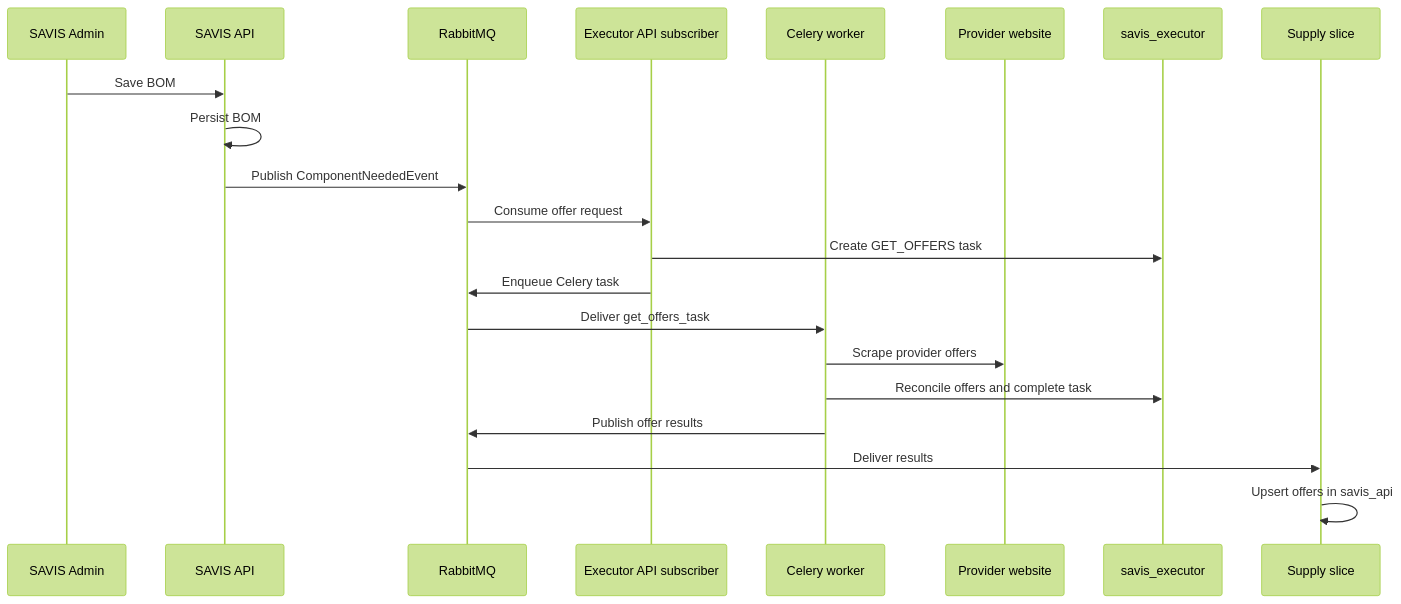
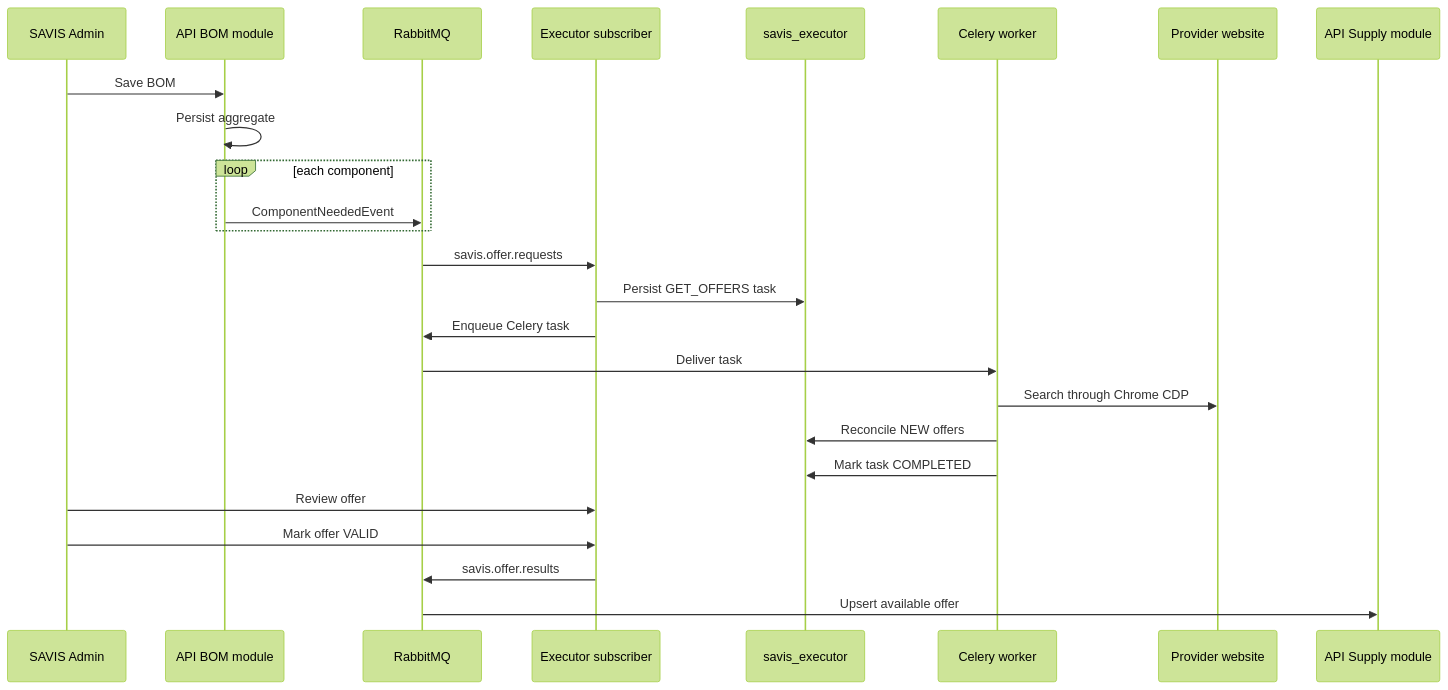
Before and after one commit to wiljeanlouis/savis: the ninth of 17 diagrams in docs/ARCHITECTURE.md, drawn with Mermaid (forest theme). The commit also changed other lines of this file and 4 other files, not shown here.

First line of the commit message:
docs: Enhance documentation across SAVIS components with navigation sections, clarify API behaviors, and update configuration details. (#7)

````diff
--- a/docs/ARCHITECTURE.md
+++ b/docs/ARCHITECTURE.md
@@ -303,24 +507,28 @@
 ```mermaid
 sequenceDiagram
   participant Admin as SAVIS Admin
-  participant Api as SAVIS API
+  participant Bom as API BOM module
   participant Rabbit as RabbitMQ
-  participant Executor as Executor API subscriber
+  participant Executor as Executor subscriber
+  participant PgExec as savis_executor
   participant Worker as Celery worker
   participant Provider as Provider website
-  participant PgExec as savis_executor
-  participant Supply as Supply slice
+  participant Supply as API Supply module
 
-  Admin->>Api: Save BOM
-  Api->>Api: Persist BOM
-  Api->>Rabbit: Publish ComponentNeededEvent
-  Rabbit->>Executor: Consume offer request
-  Executor->>PgExec: Create GET_OFFERS task
+  Admin->>Bom: Save BOM
+  Bom->>Bom: Persist aggregate
+  loop each component
+    Bom->>Rabbit: ComponentNeededEvent
+  end
+  Rabbit->>Executor: savis.offer.requests
+  Executor->>PgExec: Persist GET_OFFERS task
   Executor->>Rabbit: Enqueue Celery task
-  Rabbit->>Worker: Deliver get_offers_task
-  Worker->>Provider: Scrape provider offers
-  Worker->>PgExec: Reconcile offers and complete task
-  Worker->>Rabbit: Publish offer results
-  Rabbit->>Supply: Deliver results
-  Supply->>Supply: Upsert offers in savis_api
+  Rabbit->>Worker: Deliver task
+  Worker->>Provider: Search through Chrome CDP
+  Worker->>PgExec: Reconcile NEW offers
+  Worker->>PgExec: Mark task COMPLETED
+  Admin->>Executor: Review offer
+  Admin->>Executor: Mark offer VALID
+  Executor->>Rabbit: savis.offer.results
+  Rabbit->>Supply: Upsert available offer
 ```
````
